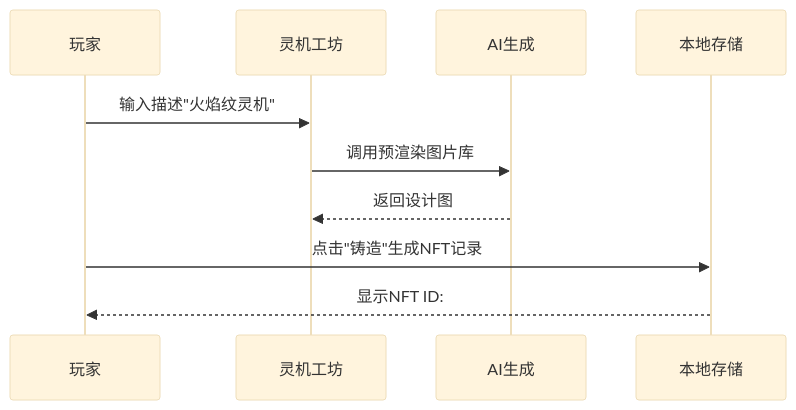
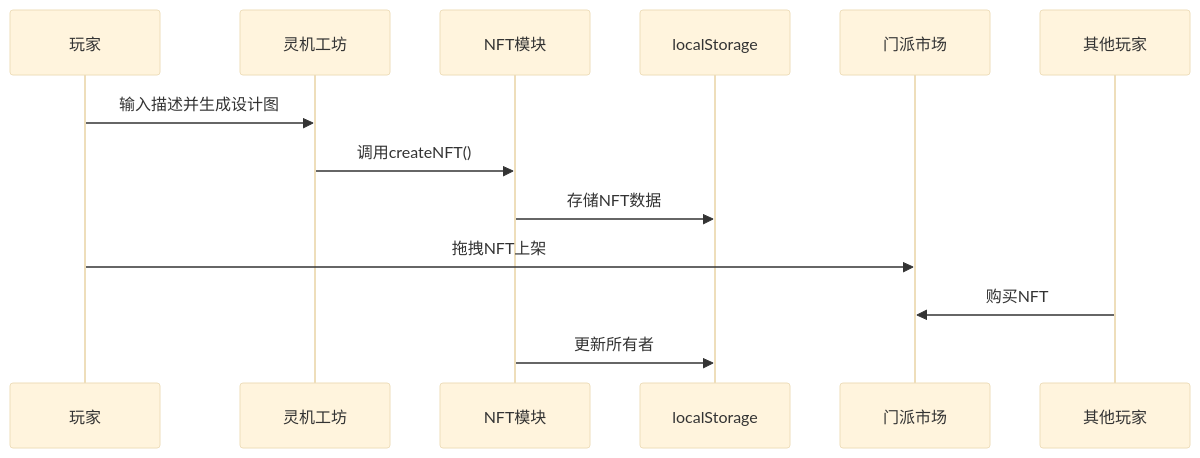
One commit to NaturalRice/Arts-Tech-From-AI-to-NFTs changed the diagram in README.md. Above: the diagram before and after it, drawn with Mermaid (base theme). The commit also changed other lines of this file, not shown here.

````diff
--- a/README.md
+++ b/README.md
@@ -58,8 +57,9 @@
 ```mermaid
 sequenceDiagram
-   玩家->>灵机工坊: 输入描述"火焰纹灵机"
-   灵机工坊->>AI生成: 调用预渲染图片库
-   AI生成-->>灵机工坊: 返回设计图
-   玩家->>本地存储: 点击"铸造"生成NFT记录
-   本地存储-->>玩家: 显示NFT ID: #2024-001
+   玩家->>灵机工坊: 输入描述并生成设计图
+   灵机工坊->>NFT模块: 调用createNFT()
+   NFT模块->>localStorage: 存储NFT数据
+   玩家->>门派市场: 拖拽NFT上架
+   其他玩家->>门派市场: 购买NFT
+   NFT模块->>localStorage: 更新所有者
 ```
````
